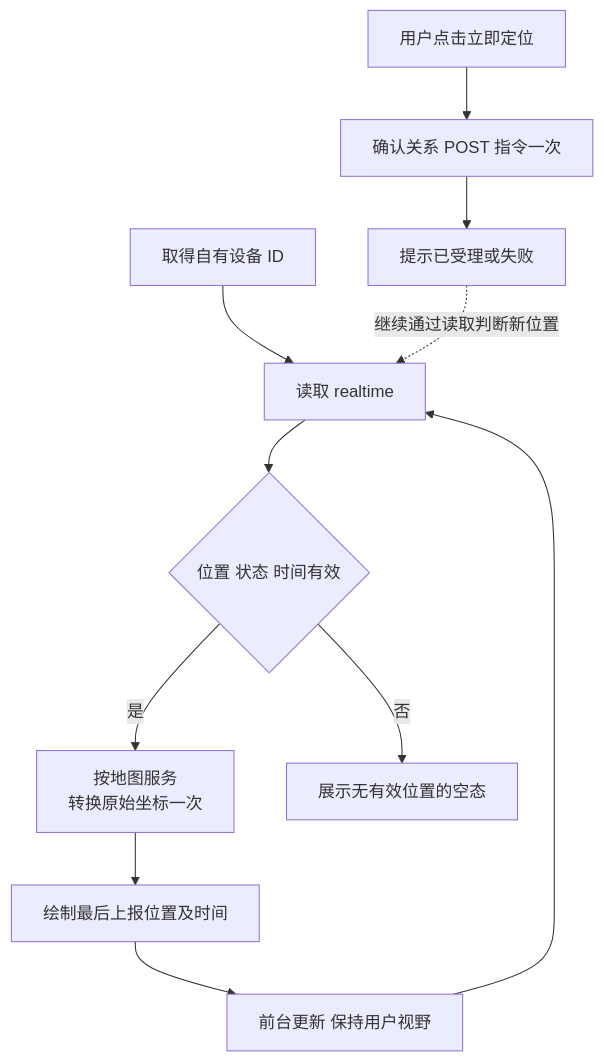
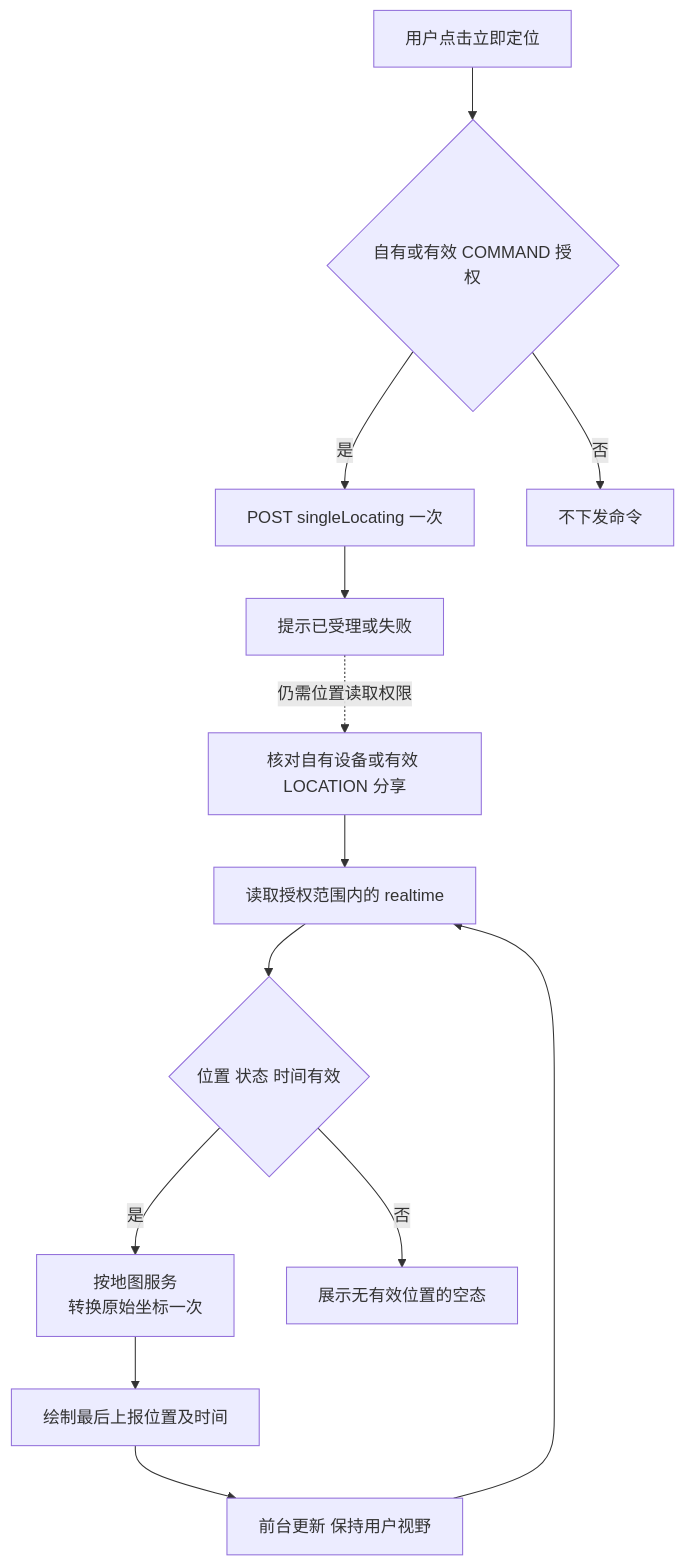
One commit to jarLiao/eview-connect-c-app-prototype changed the diagram in guides/location-flow.mmd. Above: the diagram before and after it, drawn with Mermaid. The commit also changed 38 other files, not shown here.

```diff
--- a/guides/location-flow.mmd
+++ b/guides/location-flow.mmd
@@ -1,11 +1,13 @@
 flowchart TD
-    A[取得自有设备 ID] --> B[读取 realtime]
+    A[核对自有设备或有效 LOCATION 分享] --> B[读取授权范围内的 realtime]
     B --> C{位置 状态 时间有效}
     C -->|是| D[按地图服务<br/>转换原始坐标一次]
     D --> E[绘制最后上报位置及时间]
     C -->|否| F[展示无有效位置的空态]
     E --> G[前台更新 保持用户视野]
     G --> B
-    H[用户点击立即定位] --> I[确认关系 POST 指令一次]
+    H[用户点击立即定位] --> P{自有或有效 COMMAND 授权}
+    P -->|是| I[POST singleLocating 一次]
+    P -->|否| Q[不下发命令]
     I --> J[提示已受理或失败]
-    J -.继续通过读取判断新位置.-> B
+    J -.仍需位置读取权限.-> A
```
